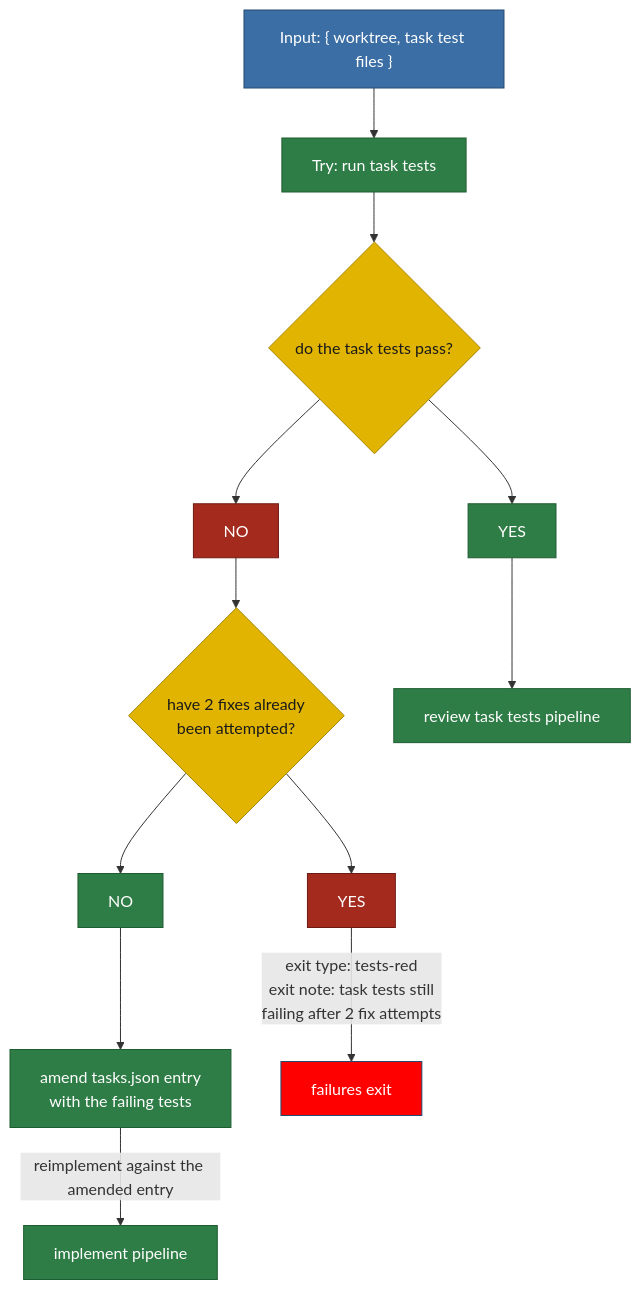
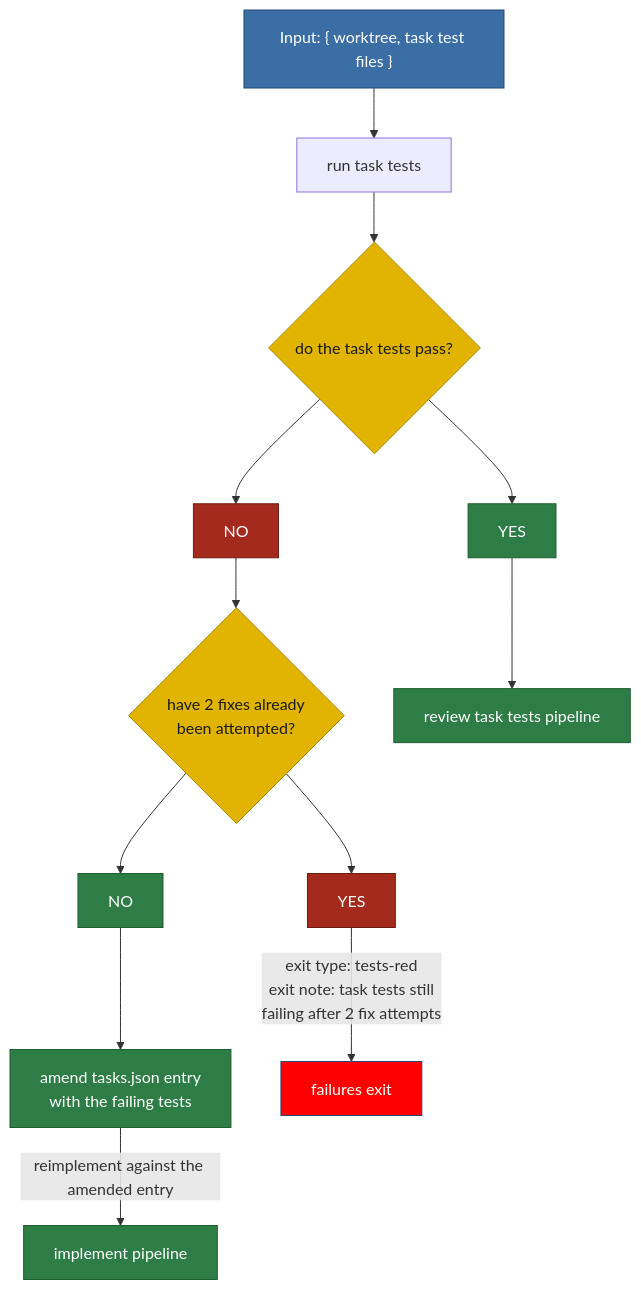
The diagram in plans/diagram/pipeline-taskTests.mmd (matkatmusic/taskTools), drawn with Mermaid before and after one commit. The commit also changed 35 other files, not shown here.

First line of the commit message:
Add comprehensive tests for task handling and hooks

```diff
--- a/plans/diagram/pipeline-taskTests.mmd
+++ b/plans/diagram/pipeline-taskTests.mmd
@@ -1,62 +1,63 @@
 flowchart TB
 %% TASK TESTS PIPELINE. Split from pipeline-implementTest.mmd.
 %% ---
 %% Input: committed work from the implement pipeline.
 %% ---
 %% Job: get the task's own tests green.
 %% ---
 %% Rules not shown in the graph:
 %% ---
 %% Every read and write of tasks.json is atomic.
 %% ---
 %% A repair is never tested until committed, so a failure re-enters the implement pipeline, not this one.
 %% ---
 %% Boxes touching the working tree run deepest submodule first, root last. tasks.json-only boxes do not.
 %% ---
 %% amend tasks.json entry also raises the fix counter by one.
 %% ---
 %% A script that fails operationally exits as run-failed.
 %% ---
 %% Exit types: tests-red, run-failed.
 %% ---
 %% CODE TASK: the runtime disagrees with this graph.
 %% ---
 %% tackle-tasks.workflow.template.js sets MAX_ATTEMPTS = 2.
 %% ---
 %% It runs only 1 fix before tests-red.
 %% ---
 %% Its exit note still says "after 2 codebase fixes".
 
   COMMITTED_WORK_INPUT["Input: { worktree, task test files }"] --> RUN_TASK_TESTS
-  RUN_TASK_TESTS["Try: run task tests"] --> DO_TASK_TESTS_PASS{"do the task tests pass?"}
+  RUN_TASK_TESTS["run task tests"] --> DO_TASK_TESTS_PASS{"do the task tests pass?"}
   DO_TASK_TESTS_PASS --> DO_TASK_TESTS_PASS_YES["YES"]
   DO_TASK_TESTS_PASS --> DO_TASK_TESTS_PASS_NO["NO"]
 
   DO_TASK_TESTS_PASS_NO --> ARE_2_TEST_FIXES_DONE{"have 2 fixes already<br/>been attempted?"}
   ARE_2_TEST_FIXES_DONE --> ARE_2_TEST_FIXES_DONE_NO["NO"]
   ARE_2_TEST_FIXES_DONE --> ARE_2_TEST_FIXES_DONE_YES["YES"]
   ARE_2_TEST_FIXES_DONE_NO --> AMEND_ENTRY_WITH_FAILING_TESTS["amend tasks.json entry<br/>with the failing tests"]
   AMEND_ENTRY_WITH_FAILING_TESTS -- "reimplement against the amended entry" --> IMPLEMENT_PIPELINE["implement pipeline"]
   ARE_2_TEST_FIXES_DONE_YES -- "exit type: tests-red<br/>exit note: task tests still<br/>failing after 2 fix attempts" --> EXIT_WORKFLOW
 
   DO_TASK_TESTS_PASS_YES --> REVIEW_TESTS_PIPELINE["review task tests pipeline"]
 
   EXIT_WORKFLOW["failures exit"]
 
   %% Green heads for the next pipeline.
   %% ---
   %% Red reimplements, or ends in the exit workflow.
   classDef pipeline fill:#2f7d46,stroke:#1e5c31,color:#ffffff
   classDef script fill:#2f7d46,stroke:#1e5c31,color:#ffffff
   classDef decision fill:#e0b400,stroke:#a88600,color:#1a1a1a
   classDef output fill:#3b6ea5,stroke:#254a70,color:#ffffff
   classDef fail fill:red,stroke:#254a70,color:#ffffff
   classDef pass fill:#2f7d46,stroke:#1e5c31,color:#ffffff
   classDef nopass fill:#a52a1e,stroke:#6d1a12,color:#ffffff
   class DO_TASK_TESTS_PASS,ARE_2_TEST_FIXES_DONE decision
-  class RUN_TASK_TESTS,AMEND_ENTRY_WITH_FAILING_TESTS script
+  class AMEND_ENTRY_WITH_FAILING_TESTS script
+  class RUN_TASK_TESTS agent
   class IMPLEMENT_PIPELINE,REVIEW_TESTS_PIPELINE pipeline
   class DO_TASK_TESTS_PASS_YES,ARE_2_TEST_FIXES_DONE_NO pass
   class DO_TASK_TESTS_PASS_NO,ARE_2_TEST_FIXES_DONE_YES nopass
   class EXIT_WORKFLOW fail
   class COMMITTED_WORK_INPUT output
```
